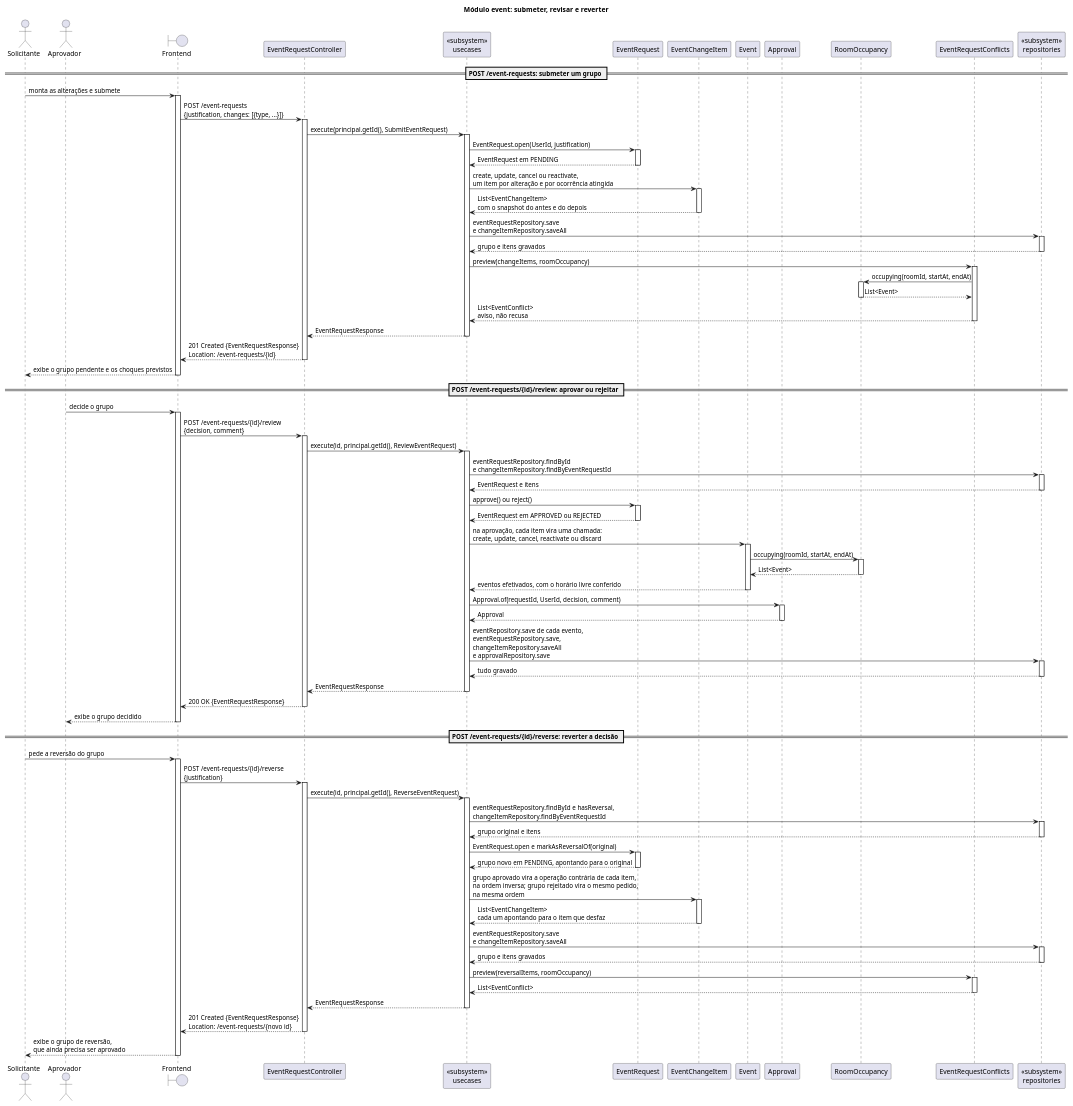
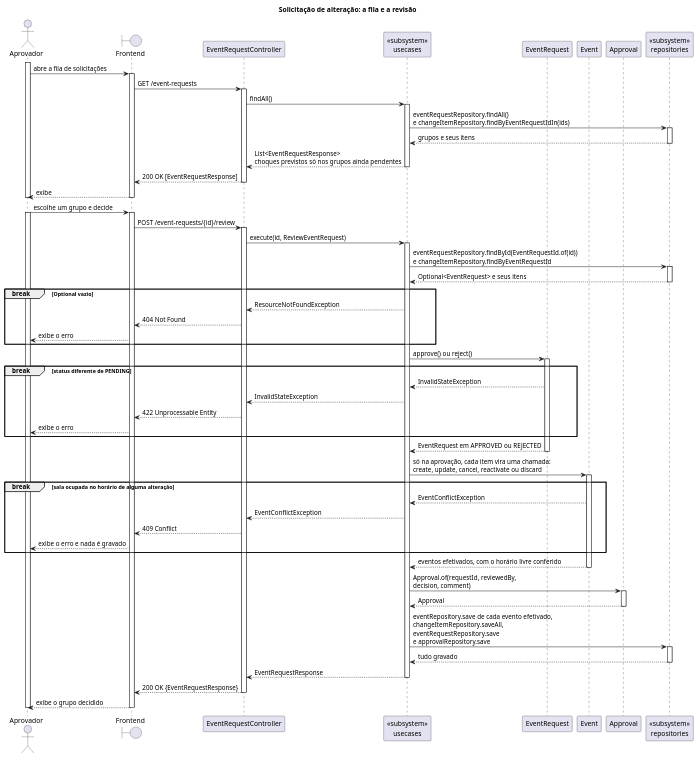
The diagram in src/plantuml/sequencia/simples/event_request.puml (Neoguara/rooms-diagrams), drawn with PlantUML before and after one commit. The commit also changed 2 other files, not shown here.

```diff
--- a/src/plantuml/sequencia/simples/event_request.puml
+++ b/src/plantuml/sequencia/simples/event_request.puml
@@ -1,164 +1,134 @@
 @startuml event_request_simples
 
-' As três escritas do módulo event, no estilo simplista. As três leituras estão em
-' event.puml. Os diagramas completos continuam em sequencia/event/, e é lá que estão os
-' desvios.
+' A tela do aprovador, no estilo simplista: ele vê a fila de solicitações e decide um
+' grupo. A tela do solicitante, com a agenda e a submissão, está em event.puml. Os
+' diagramas completos continuam em sequencia/event/, e é lá que estão todos os desvios.
 '
-' Nenhuma delas toca o evento na submissão: o que se pretende fazer fica guardado nos
-' itens do grupo, e só a aprovação efetiva. As três são transacionais.
+' A forma do diagrama segue o uso da tela: abrir a fila lista as solicitações, e a
+' listagem é obrigatória, acontece antes de tudo e não é alternativa a nada. A decisão vem
+' depois dela, e é a única operação que esta tela oferece. Por isso não há alt aqui: não
+' existem caminhos alternativos a escolher, existe um só, que é o que o aprovador faz.
+'
+' Aprovar e rejeitar são o mesmo endpoint, decidido pelo campo decision. A diferença
+' aparece na mensagem para o EventRequest e no fato de que só a aprovação efetiva as
+' alterações sobre os eventos.
+'
+' A decisão é do grupo inteiro, não de cada alteração: basta uma não poder ser aplicada
+' para que nada seja gravado. É isso que os dois break do trecho de efetivação dizem.
 '
 ' Cinco cortes em relação aos completos:
 '   1. Porta e implementação viram um participante só, tipado como «subsystem».
-'   2. Só o caminho de sucesso. Nenhum alt: os erros (404, 409 de choque de sala, 422 de
-'      grupo já decidido ou já revertido) estão nos completos.
+'   2. Os desvios são marcados com break, o fragmento que cancela o resto da interação,
+'      que é o que o throw faz: 404 no grupo que não existe, 422 no grupo que já foi
+'      decidido e 409 na sala ocupada no horário. O 422 de decision ausente e o 422 do
+'      evento em estado incompatível ficam nos completos.
 '   3. Nenhum loop. Onde o código repete por item, a repetição fica dita na mensagem.
-'   4. Nenhuma mensagem para si mesmo, e ativação só em trecho reto.
+'   4. Nenhuma mensagem para si mesmo, e ativação só em trecho reto. As barras aninham:
+'      a do ator cobre a interação inteira, e cada camada abaixo ocupa menos tempo.
 '   5. O armazenamento não aparece. As mensagens param no participante de repositório,
 '      e a consulta ou gravação fica implícita: o que importa é a conversa entre as
 '      camadas, não o SQL.
+'
+' O RoomOccupancy não tem raia: a conferência de horário livre roda dentro do Event, que
+' recebe a agenda como argumento. O que sobra dela é o break do 409, que é o que o
+' aprovador sente.
 
-title Módulo event: submeter, revisar e reverter
+title Solicitação de alteração: a fila e a revisão
 
-actor "Solicitante" as Ator
 actor "Aprovador" as Aprov
 boundary "Frontend" as FE
 participant "EventRequestController" as Ctrl
 
 participant "<<subsystem>>\nusecases" as UC
 
 participant "EventRequest" as Req
-participant "EventChangeItem" as Item
 participant "Event" as Event
 participant "Approval" as Appr
-participant "RoomOccupancy" as Occ
-participant "EventRequestConflicts" as Conflicts
 
 participant "<<subsystem>>\nrepositories" as Repo
 
-== POST /event-requests: submeter um grupo ==
-
-Ator -> FE: monta as alterações e submete
+activate Aprov
+Aprov -> FE: abre a fila de solicitações
 activate FE
-FE -> Ctrl: POST /event-requests\n{justification, changes: [{type, ...}]}
+FE -> Ctrl: GET /event-requests
 activate Ctrl
-Ctrl -> UC: execute(principal.getId(), SubmitEventRequest)
+Ctrl -> UC: findAll()
 activate UC
 
-UC -> Req: EventRequest.open(UserId, justification)
-activate Req
-Req --> UC: EventRequest em PENDING
-deactivate Req
-
-UC -> Item: create, update, cancel ou reactivate,\num item por alteração e por ocorrência atingida
-activate Item
-Item --> UC: List<EventChangeItem>\ncom o snapshot do antes e do depois
-deactivate Item
-
-UC -> Repo: eventRequestRepository.save\ne changeItemRepository.saveAll
+UC -> Repo: eventRequestRepository.findAll()\ne changeItemRepository.findByEventRequestIdIn(ids)
 activate Repo
-Repo --> UC: grupo e itens gravados
+Repo --> UC: grupos e seus itens
 deactivate Repo
 
-UC -> Conflicts: preview(changeItems, roomOccupancy)
-activate Conflicts
-Conflicts -> Occ: occupying(roomId, startAt, endAt)
-activate Occ
-Occ --> Conflicts: List<Event>
-deactivate Occ
-Conflicts --> UC: List<EventConflict>\naviso, não recusa
-deactivate Conflicts
+UC --> Ctrl: List<EventRequestResponse>\nchoques previstos só nos grupos ainda pendentes
+deactivate UC
+Ctrl --> FE: 200 OK [EventRequestResponse]
+deactivate Ctrl
+FE --> Aprov: exibe
+deactivate FE
+deactivate Aprov
 
-UC --> Ctrl: EventRequestResponse
-deactivate UC
-Ctrl --> FE: 201 Created {EventRequestResponse}\nLocation: /event-requests/{id}
-deactivate Ctrl
-FE --> Ator: exibe o grupo pendente e os choques previstos
-deactivate FE
-
-== POST /event-requests/{id}/review: aprovar ou rejeitar ==
-
-Aprov -> FE: decide o grupo
+Aprov -> FE: escolhe um grupo e decide
+activate Aprov
 activate FE
-FE -> Ctrl: POST /event-requests/{id}/review\n{decision, comment}
+FE -> Ctrl: POST /event-requests/{id}/review
 activate Ctrl
-Ctrl -> UC: execute(id, principal.getId(), ReviewEventRequest)
+Ctrl -> UC: execute(id, ReviewEventRequest)
 activate UC
 
-UC -> Repo: eventRequestRepository.findById\ne changeItemRepository.findByEventRequestId
+UC -> Repo: eventRequestRepository.findById(EventRequestId.of(id))\ne changeItemRepository.findByEventRequestId
 activate Repo
-Repo --> UC: EventRequest e itens
+Repo --> UC: Optional<EventRequest> e seus itens
 deactivate Repo
+
+break Optional vazio
+  UC --> Ctrl: ResourceNotFoundException
+  Ctrl --> FE: 404 Not Found
+  FE --> Aprov: exibe o erro
+end
 
 UC -> Req: approve() ou reject()
 activate Req
+
+break status diferente de PENDING
+  Req --> UC: InvalidStateException
+  UC --> Ctrl: InvalidStateException
+  Ctrl --> FE: 422 Unprocessable Entity
+  FE --> Aprov: exibe o erro
+end
+
 Req --> UC: EventRequest em APPROVED ou REJECTED
 deactivate Req
 
-UC -> Event: na aprovação, cada item vira uma chamada:\ncreate, update, cancel, reactivate ou discard
+UC -> Event: só na aprovação, cada item vira uma chamada:\ncreate, update, cancel, reactivate ou discard
 activate Event
-Event -> Occ: occupying(roomId, startAt, endAt)
-activate Occ
-Occ --> Event: List<Event>
-deactivate Occ
+
+break sala ocupada no horário de alguma alteração
+  Event --> UC: EventConflictException
+  UC --> Ctrl: EventConflictException
+  Ctrl --> FE: 409 Conflict
+  FE --> Aprov: exibe o erro e nada é gravado
+end
+
 Event --> UC: eventos efetivados, com o horário livre conferido
 deactivate Event
 
-UC -> Appr: Approval.of(requestId, UserId, decision, comment)
+UC -> Appr: Approval.of(requestId, reviewedBy,\ndecision, comment)
 activate Appr
 Appr --> UC: Approval
 deactivate Appr
 
-UC -> Repo: eventRepository.save de cada evento,\neventRequestRepository.save,\nchangeItemRepository.saveAll\ne approvalRepository.save
+UC -> Repo: eventRepository.save de cada evento efetivado,\nchangeItemRepository.saveAll,\neventRequestRepository.save\ne approvalRepository.save
 activate Repo
 Repo --> UC: tudo gravado
 deactivate Repo
 
 UC --> Ctrl: EventRequestResponse
 deactivate UC
 Ctrl --> FE: 200 OK {EventRequestResponse}
 deactivate Ctrl
 FE --> Aprov: exibe o grupo decidido
 deactivate FE
-
-== POST /event-requests/{id}/reverse: reverter a decisão ==
-
-Ator -> FE: pede a reversão do grupo
-activate FE
-FE -> Ctrl: POST /event-requests/{id}/reverse\n{justification}
-activate Ctrl
-Ctrl -> UC: execute(id, principal.getId(), ReverseEventRequest)
-activate UC
-
-UC -> Repo: eventRequestRepository.findById e hasReversal,\nchangeItemRepository.findByEventRequestId
-activate Repo
-Repo --> UC: grupo original e itens
-deactivate Repo
-
-UC -> Req: EventRequest.open e markAsReversalOf(original)
-activate Req
-Req --> UC: grupo novo em PENDING, apontando para o original
-deactivate Req
-
-UC -> Item: grupo aprovado vira a operação contrária de cada item,\nna ordem inversa; grupo rejeitado vira o mesmo pedido,\nna mesma ordem
-activate Item
-Item --> UC: List<EventChangeItem>\ncada um apontando para o item que desfaz
-deactivate Item
-
-UC -> Repo: eventRequestRepository.save\ne changeItemRepository.saveAll
-activate Repo
-Repo --> UC: grupo e itens gravados
-deactivate Repo
-
-UC -> Conflicts: preview(reversalItems, roomOccupancy)
-activate Conflicts
-Conflicts --> UC: List<EventConflict>
-deactivate Conflicts
-
-UC --> Ctrl: EventRequestResponse
-deactivate UC
-Ctrl --> FE: 201 Created {EventRequestResponse}\nLocation: /event-requests/{novo id}
-deactivate Ctrl
-FE --> Ator: exibe o grupo de reversão,\nque ainda precisa ser aprovado
-deactivate FE
+deactivate Aprov
 
 @enduml
```
